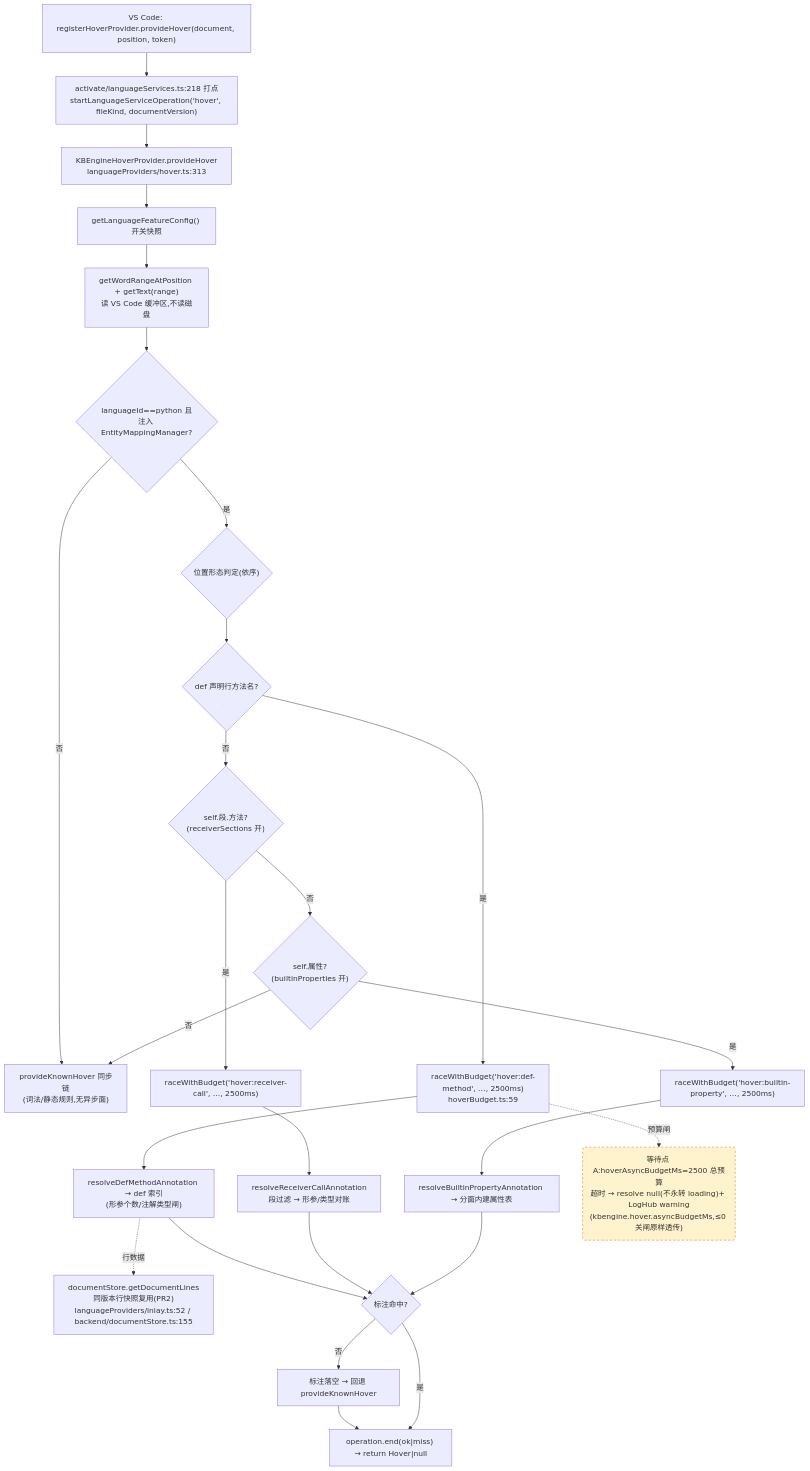
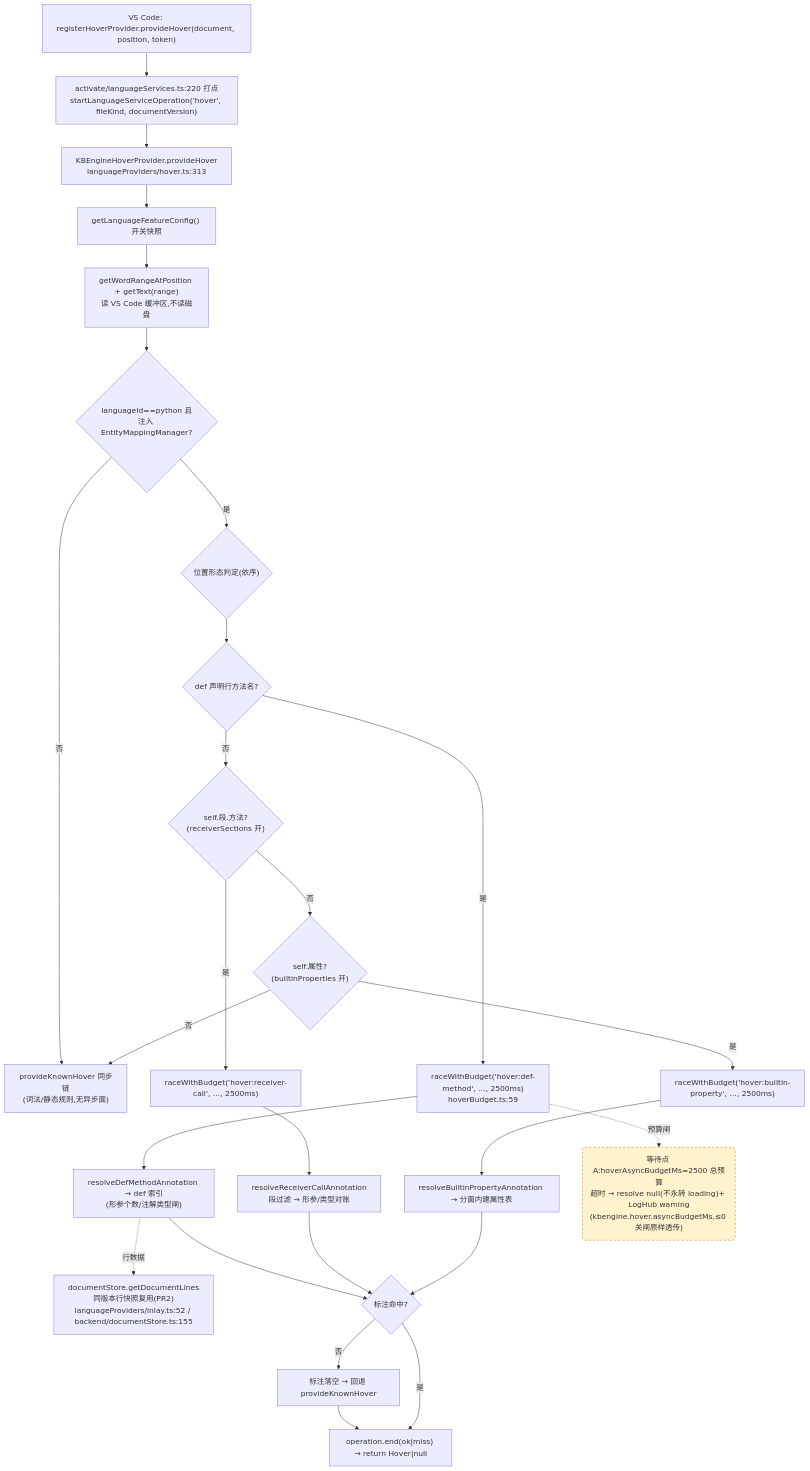
Before and after one commit to cuihairu/kode: the first of 4 diagrams in docs/perf/2026-baseline.md, drawn with Mermaid. The commit also changed other lines of this file and 11 other files, not shown here.

````diff
--- a/docs/perf/2026-baseline.md
+++ b/docs/perf/2026-baseline.md
@@ -100,45 +100,45 @@
 ```mermaid
 flowchart TD
   VC1["VS Code: registerHoverProvider.provideHover(document, position, token)"]
-  M1["activate/languageServices.ts:218 打点<br/>startLanguageServiceOperation('hover', fileKind, documentVersion)"]
+  M1["activate/languageServices.ts:220 打点<br/>startLanguageServiceOperation('hover', fileKind, documentVersion)"]
   HP["KBEngineHoverProvider.provideHover<br/>languageProviders/hover.ts:313"]
   CFG["getLanguageFeatureConfig() 开关快照"]
   WORD["getWordRangeAtPosition + getText(range)<br/>读 VS Code 缓冲区,不读磁盘"]
   BR{"languageId==python 且<br/>注入 EntityMappingManager?"}
   KN["provideKnownHover 同步链<br/>(词法/静态规则,无异步面)"]
   POS{"位置形态判定(依序)"}
   D1{"def 声明行方法名?"}
   D2{"self.段.方法?<br/>(receiverSections 开)"}
   D3{"self.属性?<br/>(builtinProperties 开)"}
   RA1["raceWithBudget('hover:def-method', …, 2500ms)<br/>hoverBudget.ts:59"]
   RA2["raceWithBudget('hover:receiver-call', …, 2500ms)"]
   RA3["raceWithBudget('hover:builtin-property', …, 2500ms)"]
   RS1["resolveDefMethodAnnotation → def 索引<br/>(形参个数/注解类型闸)"]
   RS2["resolveReceiverCallAnnotation<br/>段过滤 → 形参/类型对账"]
   RS3["resolveBuiltinPropertyAnnotation → 分面内建属性表"]
   LINES["documentStore.getDocumentLines<br/>同版本行快照复用(PR2)<br/>languageProviders/inlay.ts:52 / backend/documentStore.ts:155"]
   MISS["标注落空 → 回退 provideKnownHover"]
   END1["operation.end(ok|miss) → return Hover|null"]
 
   VC1 --> M1 --> HP --> CFG --> WORD --> BR
   BR -- "否" --> KN
   BR -- "是" --> POS --> D1
   D1 -- "是" --> RA1 --> RS1
   D1 -- "否" --> D2
   D2 -- "是" --> RA2 --> RS2
   D2 -- "否" --> D3
   D3 -- "是" --> RA3 --> RS3
   D3 -- "否" --> KN
   RS1 --> HIT{"标注命中?"}
   RS2 --> HIT
   RS3 --> HIT
   RS1 -.->|行数据| LINES
   HIT -- "否" --> MISS --> END1
   HIT -- "是" --> END1
 
   WAITA("等待点 A:hoverAsyncBudgetMs=2500 总预算<br/>超时 → resolve null(不永转 loading)+ LogHub warning<br/>(kbengine.hover.asyncBudgetMs,≤0 关闸原样透传)")
   RA1 -.->|预算闸| WAITA
 
   classDef waitPoint fill:#fff3cd,stroke:#d97706,stroke-dasharray:5 4;
   class WAITA waitPoint;
 ```
````
